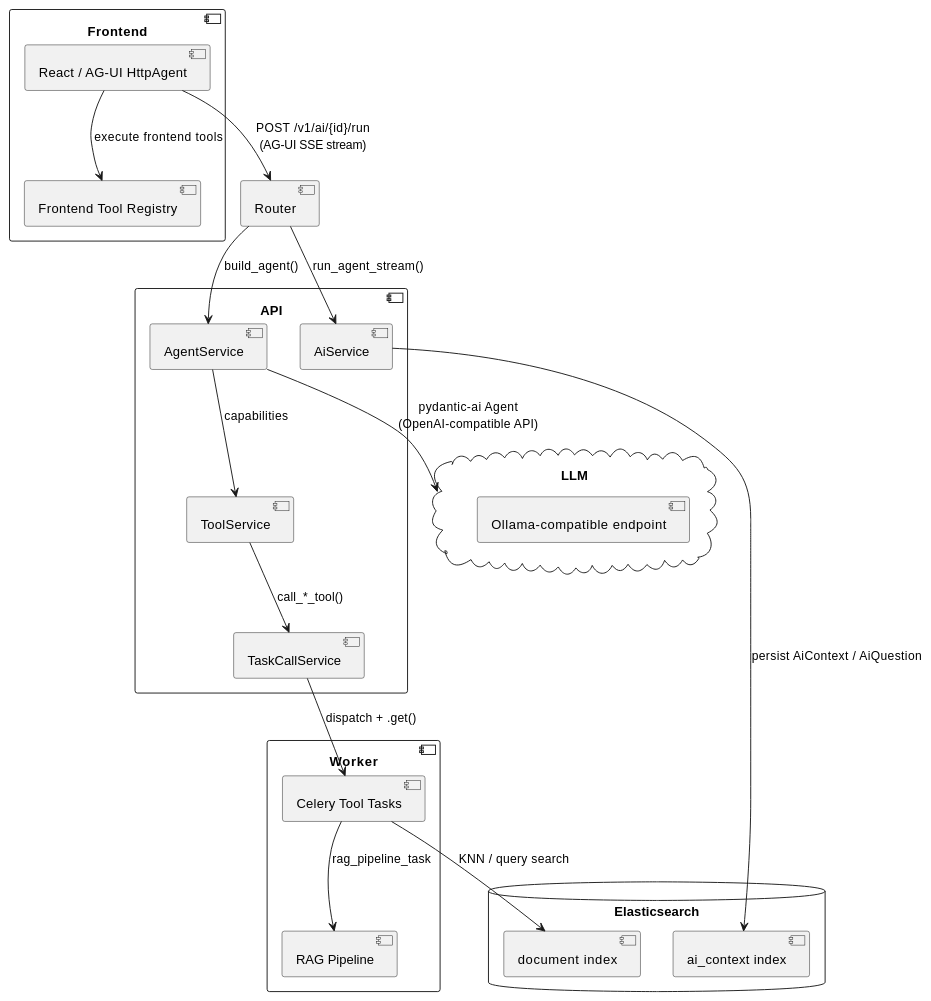
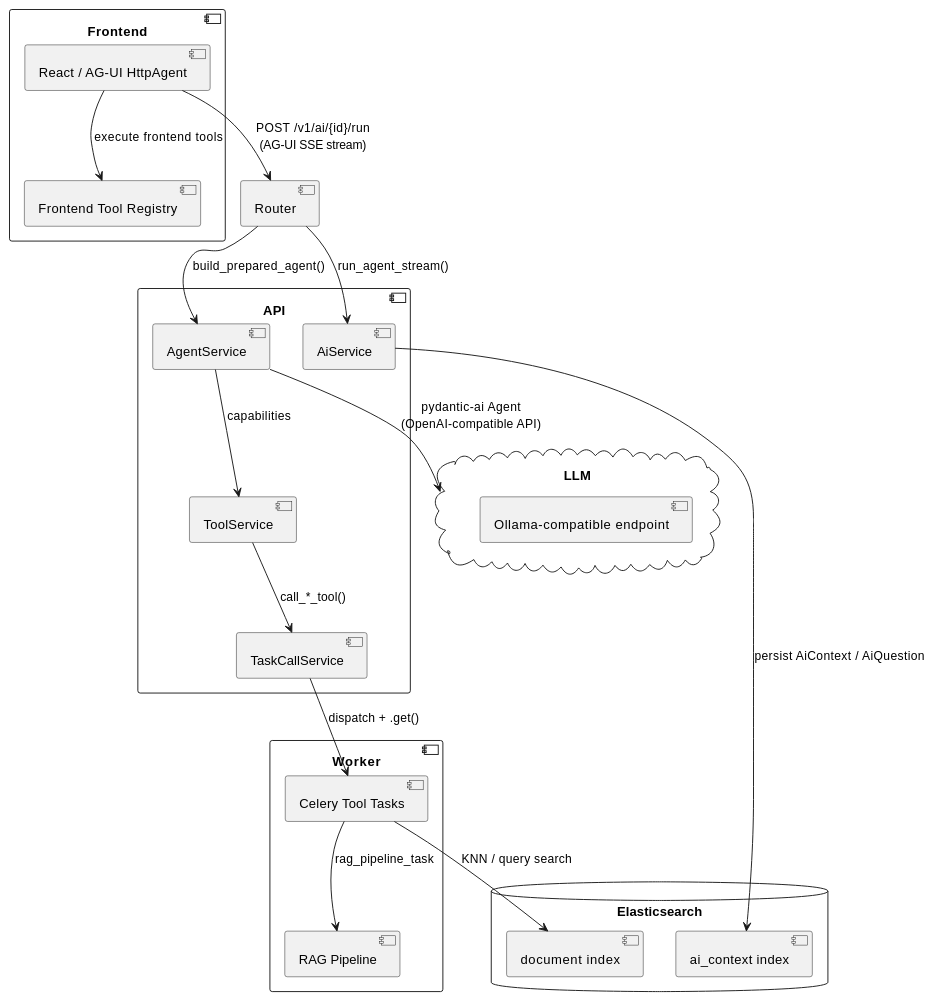
Before and after one commit to Swiss-Armed-Forces/Loom: the first of 4 diagrams in Documentation/ai.md, drawn with PlantUML. The commit also changed other lines of this file and 44 other files, not shown here.

````diff
--- a/Documentation/ai.md
+++ b/Documentation/ai.md
@@ -17,41 +17,41 @@
 ```plantuml
 @startuml
 component Frontend {
   [React / AG-UI HttpAgent]
   [Frontend Tool Registry]
 }
 
 component API {
   [AgentService]
   [AiService]
   [ToolService]
   [TaskCallService]
 }
 
 component Worker {
   [Celery Tool Tasks]
   [RAG Pipeline]
 }
 
 database Elasticsearch {
   [ai_context index]
   [document index]
 }
 
 cloud LLM {
   [Ollama-compatible endpoint]
 }
 
 [React / AG-UI HttpAgent] --> [Router] : POST /v1/ai/{id}/run\n(AG-UI SSE stream)
-[Router] --> [AgentService] : build_agent()
+[Router] --> [AgentService] : build_prepared_agent()
 [Router] --> [AiService] : run_agent_stream()
 [AgentService] --> LLM : pydantic-ai Agent\n(OpenAI-compatible API)
 [AgentService] --> [ToolService] : capabilities
 [ToolService] --> [TaskCallService] : call_*_tool()
 [TaskCallService] --> [Celery Tool Tasks] : dispatch + .get()
 [Celery Tool Tasks] --> [document index] : KNN / query search
 [Celery Tool Tasks] --> [RAG Pipeline] : rag_pipeline_task
 [AiService] --> [ai_context index] : persist AiContext / AiQuestion
 [React / AG-UI HttpAgent] --> [Frontend Tool Registry] : execute frontend tools
 @enduml
 ```
````
